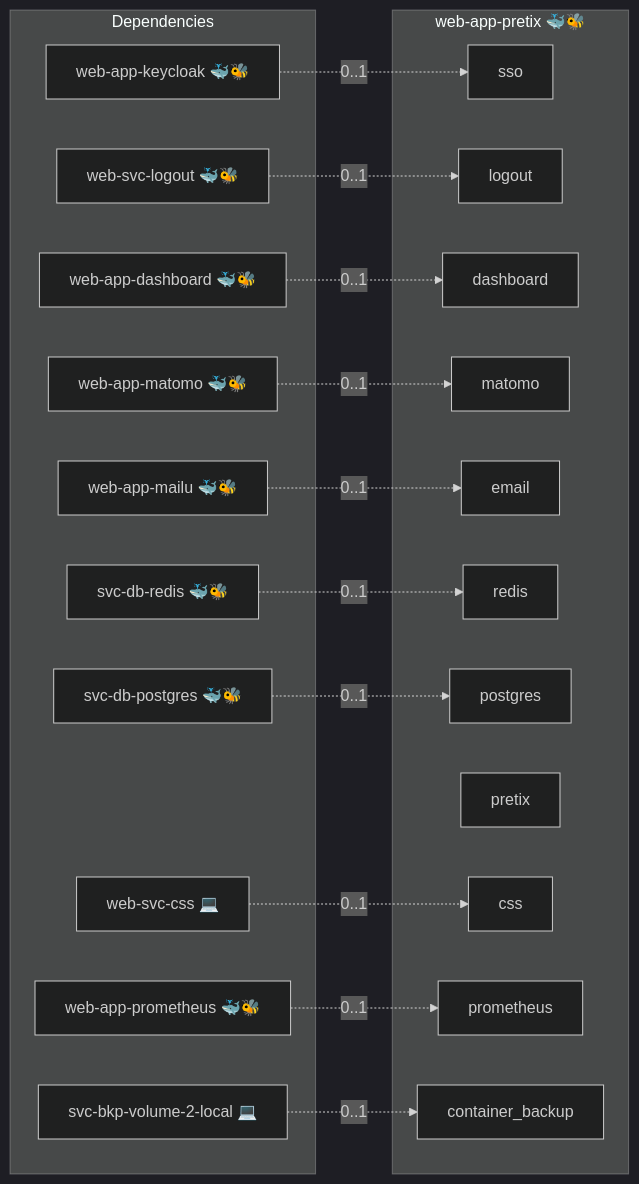
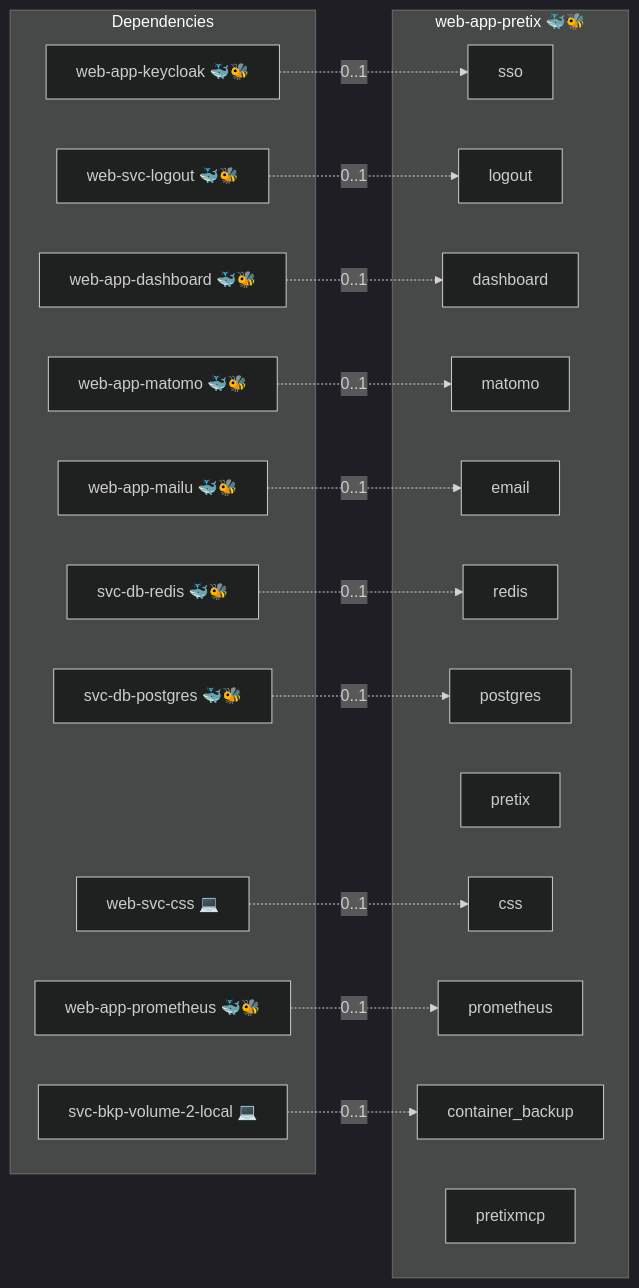
Before and after one commit to infinito-nexus/core: the diagram in roles/web-app-pretix/README.md, drawn with Mermaid (dark theme). The commit also changed 142 other files, not shown here.

````diff
--- a/roles/web-app-pretix/README.md
+++ b/roles/web-app-pretix/README.md
@@ -15,38 +15,39 @@
 ```mermaid
 flowchart LR
     subgraph deps [Dependencies]
         dep_svc_bkp_volume_2_local["svc-bkp-volume-2-local 💻"]
         dep_svc_db_postgres["svc-db-postgres 🐳🐝"]
         dep_svc_db_redis["svc-db-redis 🐳🐝"]
         dep_web_app_dashboard["web-app-dashboard 🐳🐝"]
         dep_web_app_keycloak["web-app-keycloak 🐳🐝"]
         dep_web_app_mailu["web-app-mailu 🐳🐝"]
         dep_web_app_matomo["web-app-matomo 🐳🐝"]
         dep_web_app_prometheus["web-app-prometheus 🐳🐝"]
         dep_web_svc_css["web-svc-css 💻"]
         dep_web_svc_logout["web-svc-logout 🐳🐝"]
     end
     subgraph role [web-app-pretix 🐳🐝]
         svc_sso["sso"]
         svc_logout["logout"]
         svc_dashboard["dashboard"]
         svc_matomo["matomo"]
         svc_email["email"]
         svc_redis["redis"]
         svc_postgres["postgres"]
         svc_pretix["pretix"]
         svc_css["css"]
         svc_prometheus["prometheus"]
         svc_container_backup["container_backup"]
+        svc_pretixmcp["pretixmcp"]
     end
     dep_svc_bkp_volume_2_local -. "0..1" .-> svc_container_backup
     dep_svc_db_postgres -. "0..1" .-> svc_postgres
     dep_svc_db_redis -. "0..1" .-> svc_redis
     dep_web_app_dashboard -. "0..1" .-> svc_dashboard
     dep_web_app_keycloak -. "0..1" .-> svc_sso
     dep_web_app_mailu -. "0..1" .-> svc_email
     dep_web_app_matomo -. "0..1" .-> svc_matomo
     dep_web_app_prometheus -. "0..1" .-> svc_prometheus
     dep_web_svc_css -. "0..1" .-> svc_css
     dep_web_svc_logout -. "0..1" .-> svc_logout
 ```
````
